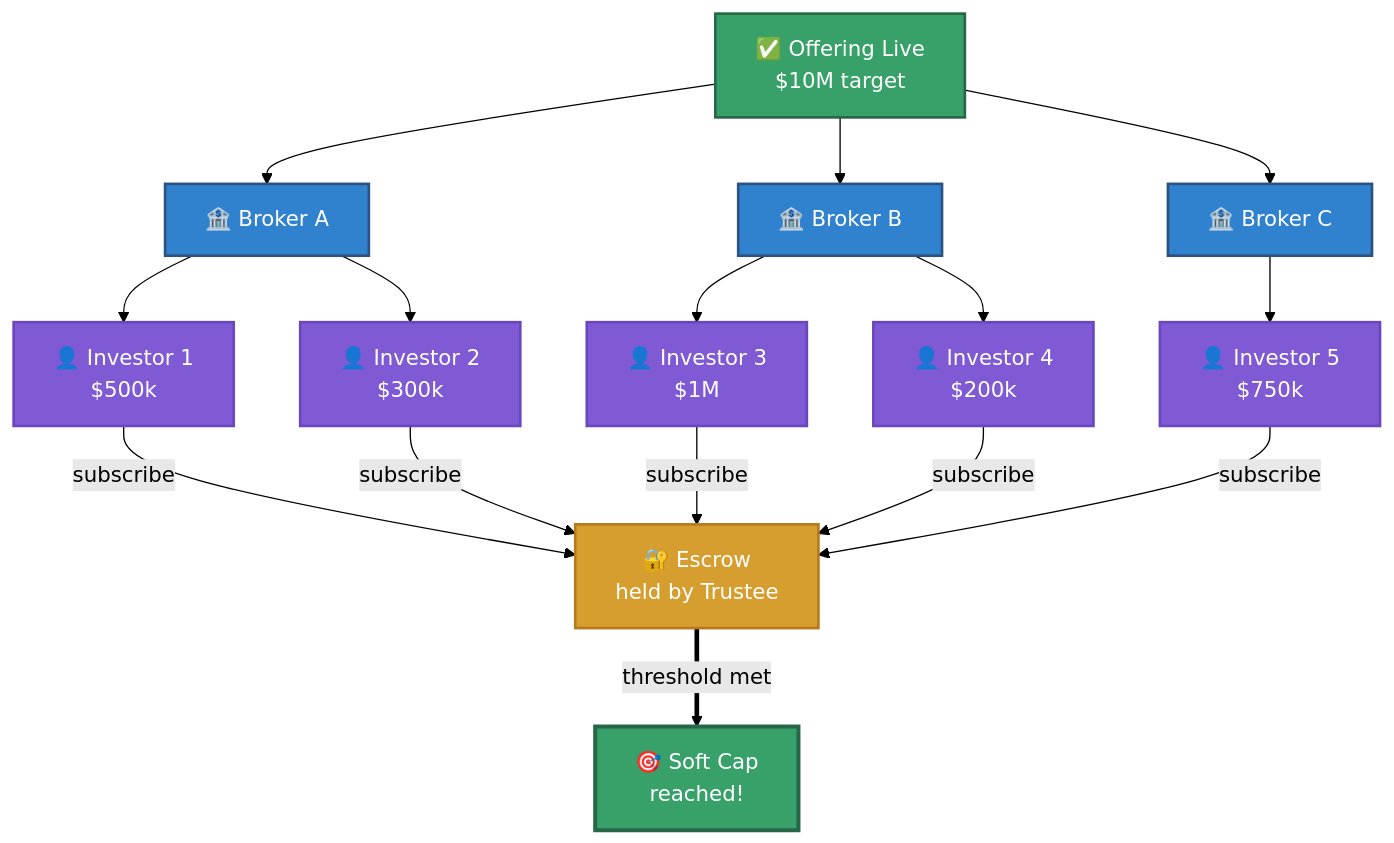
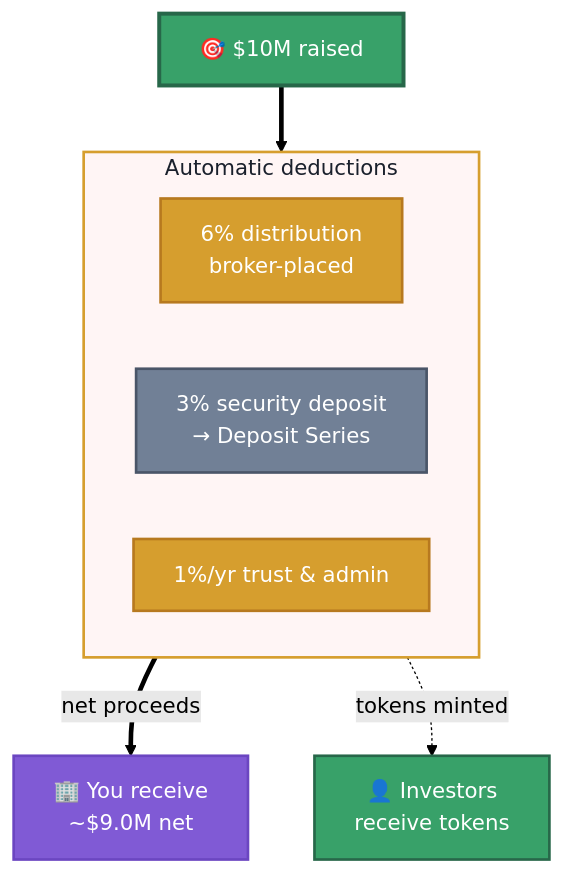
The third of 16 diagrams in hugo-site/content/players.md (hrbrlife/sailsto_website), drawn with Mermaid (forest theme) before and after one commit. The commit also changed other lines of this file and 89 other files, not shown here.

```diff
--- a/hugo-site/content/players.md
+++ b/hugo-site/content/players.md
@@ -136,39 +161,21 @@
         <div class="mermaid">
         flowchart TD
-            LIVE["✅ Offering Live&lt;br/&gt;$10M target"]
-            B1["🏦 Broker A"]
-            B2["🏦 Broker B"]
-            B3["🏦 Broker C"]
-            I1["👤 Investor 1&lt;br/&gt;$500k"]
-            I2["👤 Investor 2&lt;br/&gt;$300k"]
-            I3["👤 Investor 3&lt;br/&gt;$1M"]
-            I4["👤 Investor 4&lt;br/&gt;$200k"]
-            I5["👤 Investor 5&lt;br/&gt;$750k"]
-            ESC["🔐 Escrow&lt;br/&gt;held by Trustee"]
-            CAP["🎯 Soft Cap&lt;br/&gt;reached!"]
-            LIVE --> B1
-            LIVE --> B2
-            LIVE --> B3
-            B1 --> I1
-            B1 --> I2
-            B2 --> I3
-            B2 --> I4
-            B3 --> I5
-            I1 -->|"subscribe"| ESC
-            I2 -->|"subscribe"| ESC
-            I3 -->|"subscribe"| ESC
-            I4 -->|"subscribe"| ESC
-            I5 -->|"subscribe"| ESC
-            ESC ==>|"threshold met"| CAP
-            style LIVE fill:#38a169,color:#fff,stroke:#276749,stroke-width:2px
-            style B1 fill:#3182ce,color:#fff,stroke:#2c5282,stroke-width:2px
-            style B2 fill:#3182ce,color:#fff,stroke:#2c5282,stroke-width:2px
-            style B3 fill:#3182ce,color:#fff,stroke:#2c5282,stroke-width:2px
-            style I1 fill:#805ad5,color:#fff,stroke:#6b46c1,stroke-width:2px
-            style I2 fill:#805ad5,color:#fff,stroke:#6b46c1,stroke-width:2px
-            style I3 fill:#805ad5,color:#fff,stroke:#6b46c1,stroke-width:2px
-            style I4 fill:#805ad5,color:#fff,stroke:#6b46c1,stroke-width:2px
-            style I5 fill:#805ad5,color:#fff,stroke:#6b46c1,stroke-width:2px
-            style ESC fill:#d69e2e,color:#fff,stroke:#b7791f,stroke-width:2px
-            style CAP fill:#38a169,color:#fff,stroke:#276749,stroke-width:3px
+            RAISE["🎯 $10M raised"]
+            subgraph DEDUCT["Automatic deductions"]
+                D1["6% distribution&lt;br/&gt;broker-placed"]
+                D2["3% security deposit&lt;br/&gt;→ Deposit Series"]
+                D3["1%/yr trust &amp; admin"]
+            end
+            YOU["🏢 You receive&lt;br/&gt;~$9.0M net"]
+            INV["👤 Investors&lt;br/&gt;receive tokens"]
+            RAISE ==> DEDUCT
+            DEDUCT ==>|"net proceeds"| YOU
+            DEDUCT -.->|"tokens minted"| INV
+            style RAISE fill:#38a169,color:#fff,stroke:#276749,stroke-width:3px
+            style DEDUCT fill:#fff5f5,color:#1a202c,stroke:#d69e2e,stroke-width:2px
+            style D1 fill:#d69e2e,color:#fff,stroke:#b7791f,stroke-width:2px
+            style D2 fill:#718096,color:#fff,stroke:#4a5568,stroke-width:2px
+            style D3 fill:#d69e2e,color:#fff,stroke:#b7791f,stroke-width:2px
+            style YOU fill:#805ad5,color:#fff,stroke:#6b46c1,stroke-width:2px
+            style INV fill:#38a169,color:#fff,stroke:#276749,stroke-width:2px
         </div>
```
